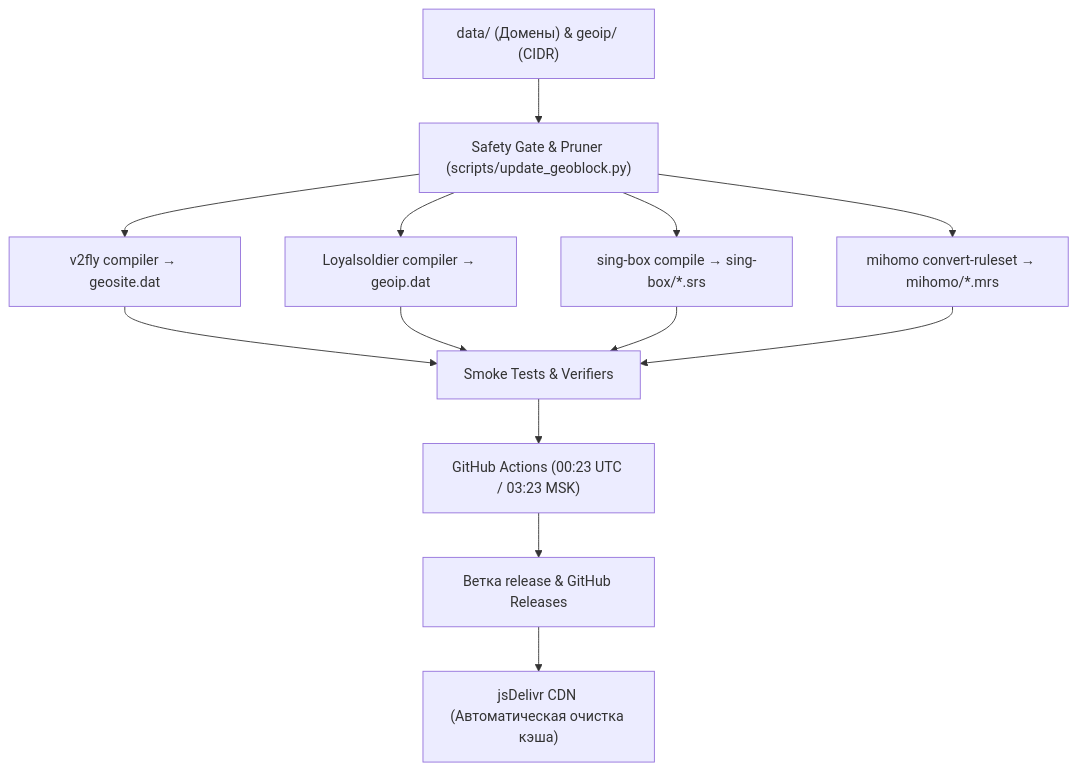
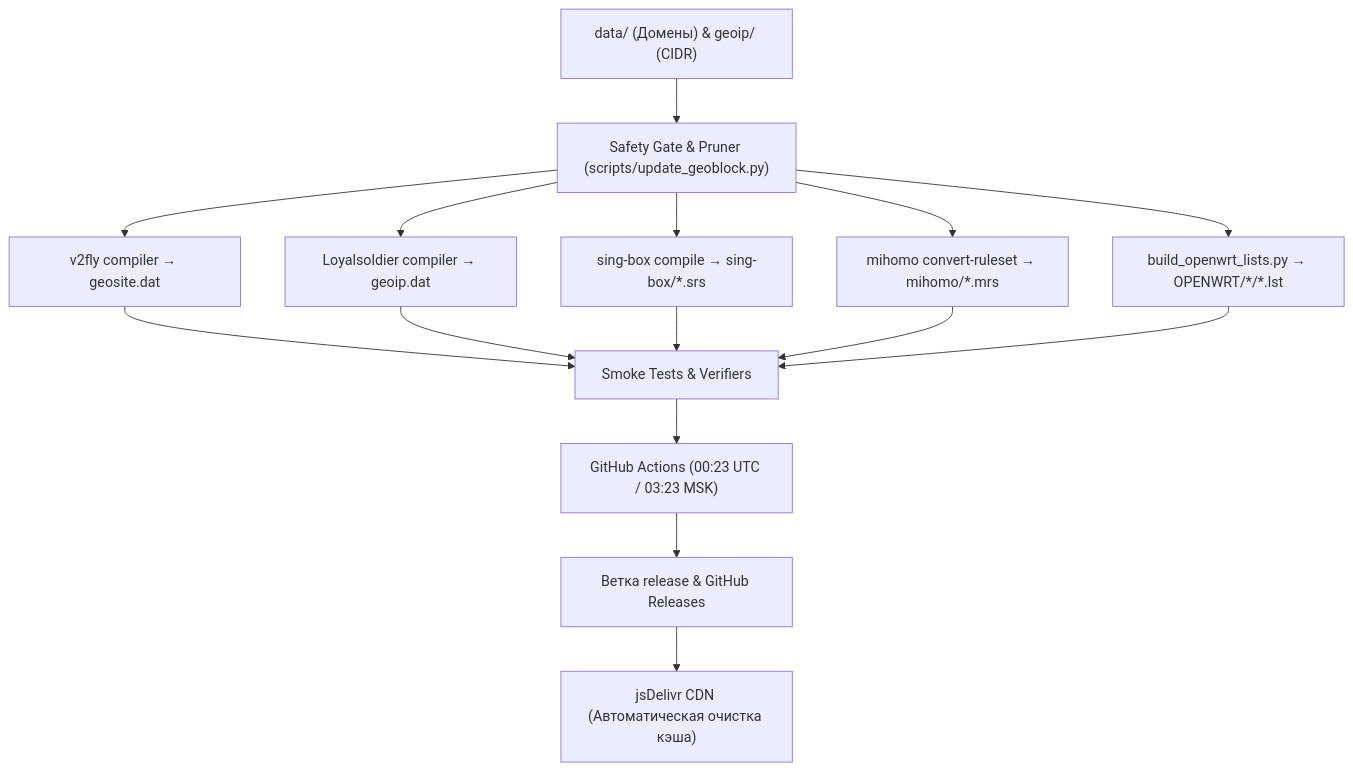
Before and after one commit to mvrvntn/routing: the diagram in README.md, drawn with Mermaid. The commit also changed other lines of this file and 1 other file, not shown here.

Commit message:
docs: document OpenWrt .lst routing lists and build tools in README

````diff
--- a/README.md
+++ b/README.md
@@ -220,12 +244,13 @@
 ```mermaid
 flowchart TD
     A["data/ (Домены) & geoip/ (CIDR)"] --> B["Safety Gate & Pruner (scripts/update_geoblock.py)"]
     B --> C1["v2fly compiler → geosite.dat"]
     B --> C2["Loyalsoldier compiler → geoip.dat"]
     B --> C3["sing-box compile → sing-box/*.srs"]
     B --> C4["mihomo convert-ruleset → mihomo/*.mrs"]
-    C1 & C2 & C3 & C4 --> D["Smoke Tests & Verifiers"]
+    B --> C5["build_openwrt_lists.py → OPENWRT/*/*.lst"]
+    C1 & C2 & C3 & C4 & C5 --> D["Smoke Tests & Verifiers"]
     D --> E["GitHub Actions (00:23 UTC / 03:23 MSK)"]
     E --> F["Ветка release & GitHub Releases"]
     F --> G["jsDelivr CDN (Автоматическая очистка кэша)"]
 ```
````
